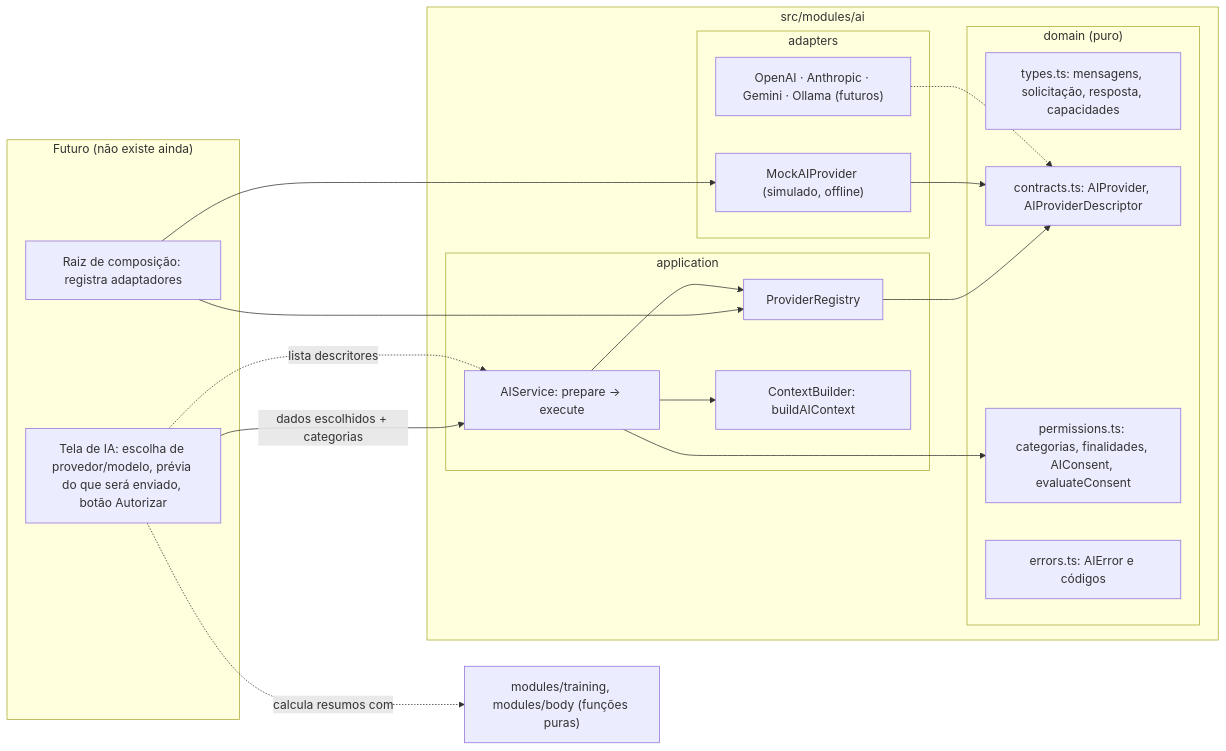
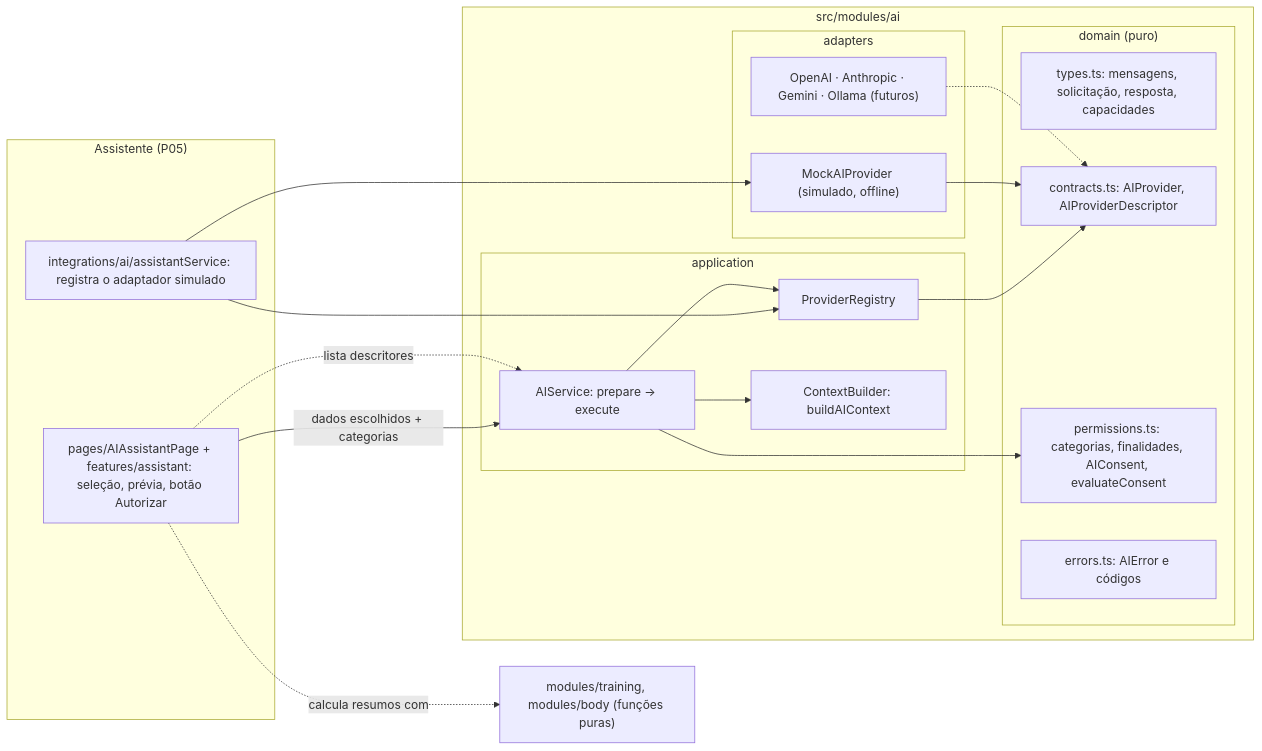
Before and after one commit to AdrielBR25/IronTrack: the first of 3 diagrams in docs/IA_ARQUITETURA.md, drawn with Mermaid. The commit also changed other lines of this file and 2 other files, not shown here.

First line of the commit message:
docs: interface do assistente em IA_ARQUITETURA.md, ARQUITETURA.md e README

````diff
--- a/docs/IA_ARQUITETURA.md
+++ b/docs/IA_ARQUITETURA.md
@@ -28,37 +28,37 @@
 ```mermaid
 flowchart LR
-  subgraph Futuro["Futuro (não existe ainda)"]
-    ui["Tela de IA: escolha de provedor/modelo, prévia do que será enviado, botão Autorizar"]
-    root["Raiz de composição: registra adaptadores"]
+  subgraph App["Assistente (P05)"]
+    ui["pages/AIAssistantPage + features/assistant: seleção, prévia, botão Autorizar"]
+    root["integrations/ai/assistantService: registra o adaptador simulado"]
   end
   subgraph AI["src/modules/ai"]
     subgraph domain["domain (puro)"]
       types["types.ts: mensagens, solicitação, resposta, capacidades"]
       contracts["contracts.ts: AIProvider, AIProviderDescriptor"]
       perms["permissions.ts: categorias, finalidades, AIConsent, evaluateConsent"]
       errors["errors.ts: AIError e códigos"]
     end
     subgraph app["application"]
       registry["ProviderRegistry"]
       ctx["ContextBuilder: buildAIContext"]
       service["AIService: prepare → execute"]
     end
     subgraph adapters["adapters"]
       mock["MockAIProvider (simulado, offline)"]
       futuros["OpenAI · Anthropic · Gemini · Ollama (futuros)"]
     end
   end
   dominios["modules/training, modules/body (funções puras)"]
 
   ui -->|"dados escolhidos + categorias"| service
   ui -.->|"lista descritores"| service
   root --> registry
   root --> mock
   service --> registry
   service --> ctx
   service --> perms
   registry --> contracts
   mock --> contracts
   futuros -.-> contracts
   ui -.->|"calcula resumos com"| dominios
 ```
````
